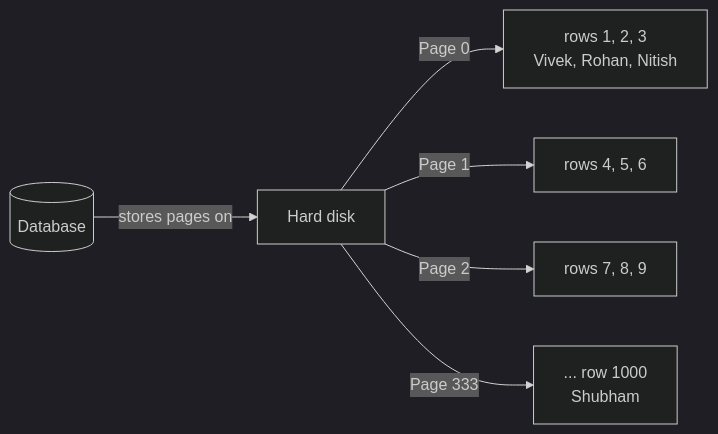
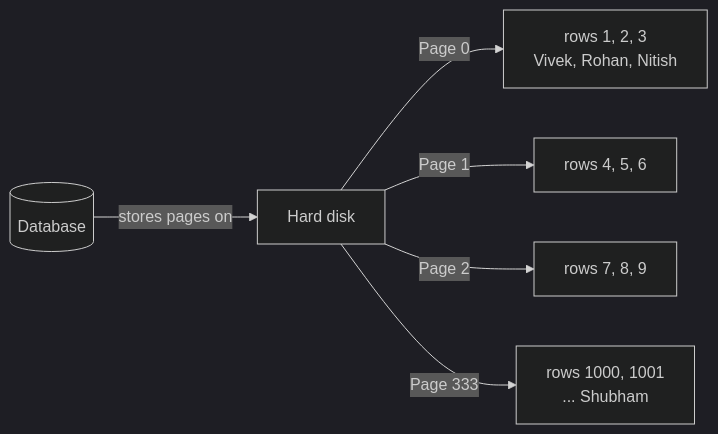
One commit to aaryan-pradhan/core-cs-fundamentals changed the diagram in hld/07-storing-data-and-redis.md. Above: the diagram before and after it, drawn with Mermaid (dark theme). The commit also changed other lines of this file, not shown here.

Commit message:
Fix page count example in topic 7

````diff
--- a/hld/07-storing-data-and-redis.md
+++ b/hld/07-storing-data-and-redis.md
@@ -46,8 +46,8 @@
 ```mermaid
 flowchart LR
     DB[("Database")] -->|"stores pages on"| HD["Hard disk"]
     HD -->|"Page 0"| P0["rows 1, 2, 3<br/>Vivek, Rohan, Nitish"]
     HD -->|"Page 1"| P1["rows 4, 5, 6"]
     HD -->|"Page 2"| P2["rows 7, 8, 9"]
-    HD -->|"Page 333"| P3["... row 1000<br/>Shubham"]
+    HD -->|"Page 333"| P3["rows 1000, 1001<br/>... Shubham"]
 ```
````
